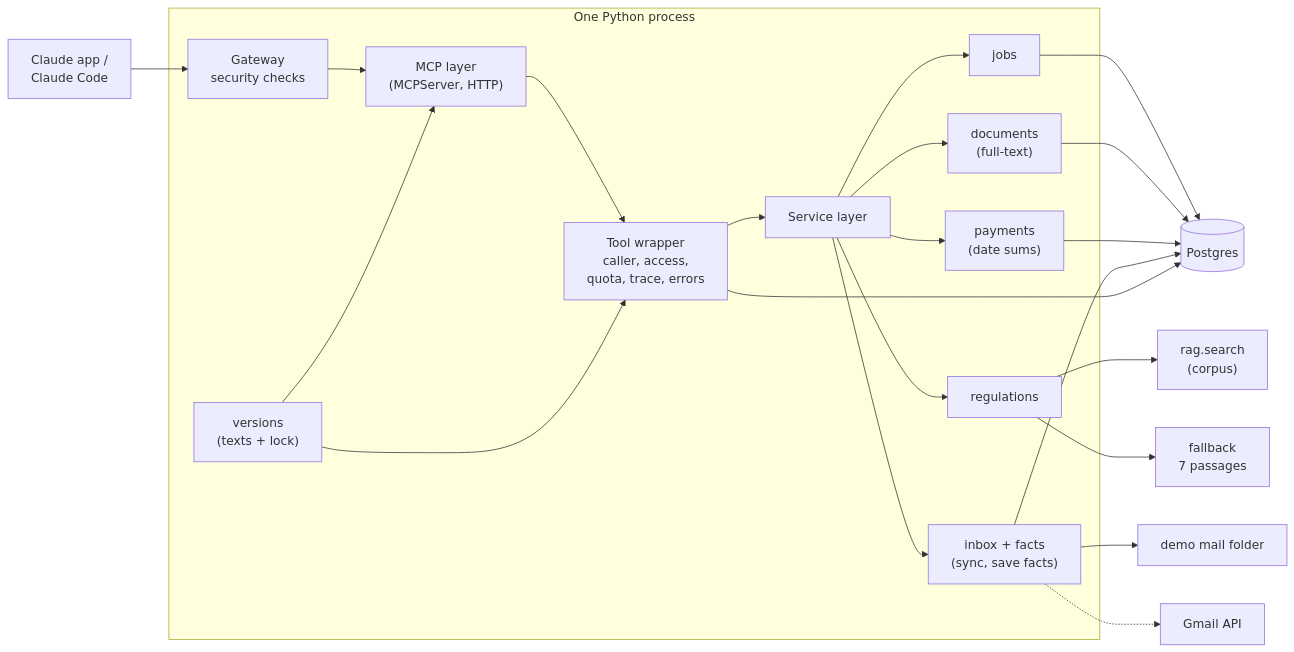
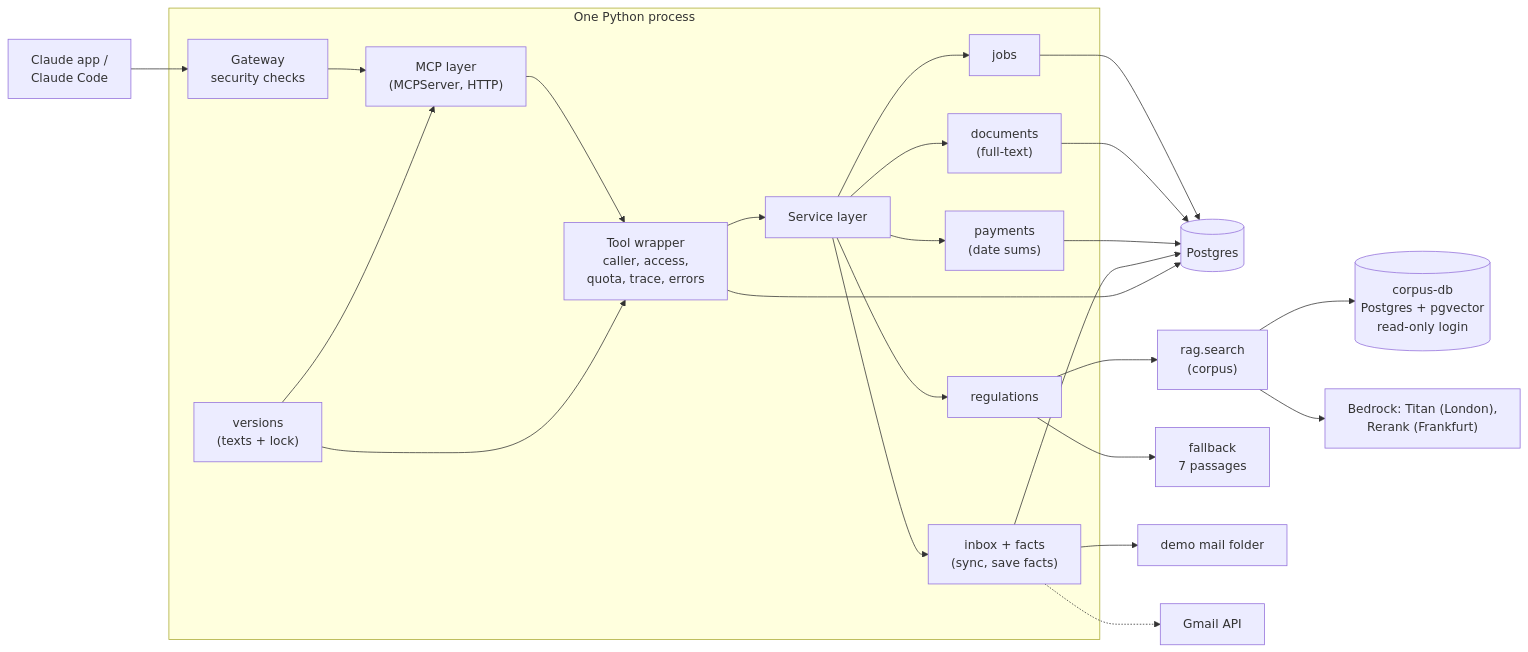
One commit to florinmarcus/builders_lab changed the first of 5 diagrams in architecture/design/server.md. Above: the diagram before and after it, drawn with Mermaid. The commit also changed other lines of this file and 7 other files, not shown here.

First line of the commit message:
Corpus database on the London server: corpus-db container (pgvector), owner and read-only reader, passwords from Parameter Store; tested locally (N17)

````diff
--- a/architecture/design/server.md
+++ b/architecture/design/server.md
@@ -9,24 +9,26 @@
 ```mermaid
 flowchart LR
     client["Claude app /<br/>Claude Code"] --> gw
 
     subgraph proc["One Python process"]
         gw["Gateway<br/>security checks"] --> mcp["MCP layer<br/>(MCPServer, HTTP)"]
         mcp --> tools["Tool wrapper<br/>caller, access,<br/>quota, trace, errors"]
         tools --> svc["Service layer"]
         svc --> jobs["jobs"]
         svc --> docs["documents<br/>(full-text)"]
         svc --> pay["payments<br/>(date sums)"]
         svc --> regs["regulations"]
         svc --> inbox["inbox + facts<br/>(sync, save facts)"]
         ver["versions<br/>(texts + lock)"] --> mcp
         ver --> tools
     end
 
     jobs & docs & pay & inbox --> pg[("Postgres")]
     tools --> pg
     regs --> rag["rag.search<br/>(corpus)"]
+    rag --> cpg[("corpus-db<br/>Postgres + pgvector<br/>read-only login")]
+    rag --> bed["Bedrock: Titan (London),<br/>Rerank (Frankfurt)"]
     regs --> fb["fallback<br/>7 passages"]
     inbox --> eml["demo mail folder"]
     inbox -.-> gmail["Gmail API"]
 ```
````
